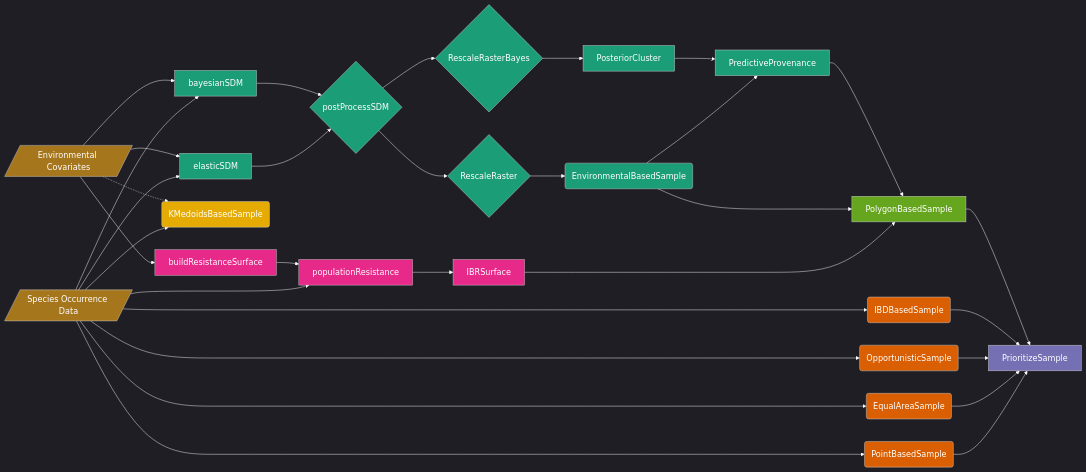
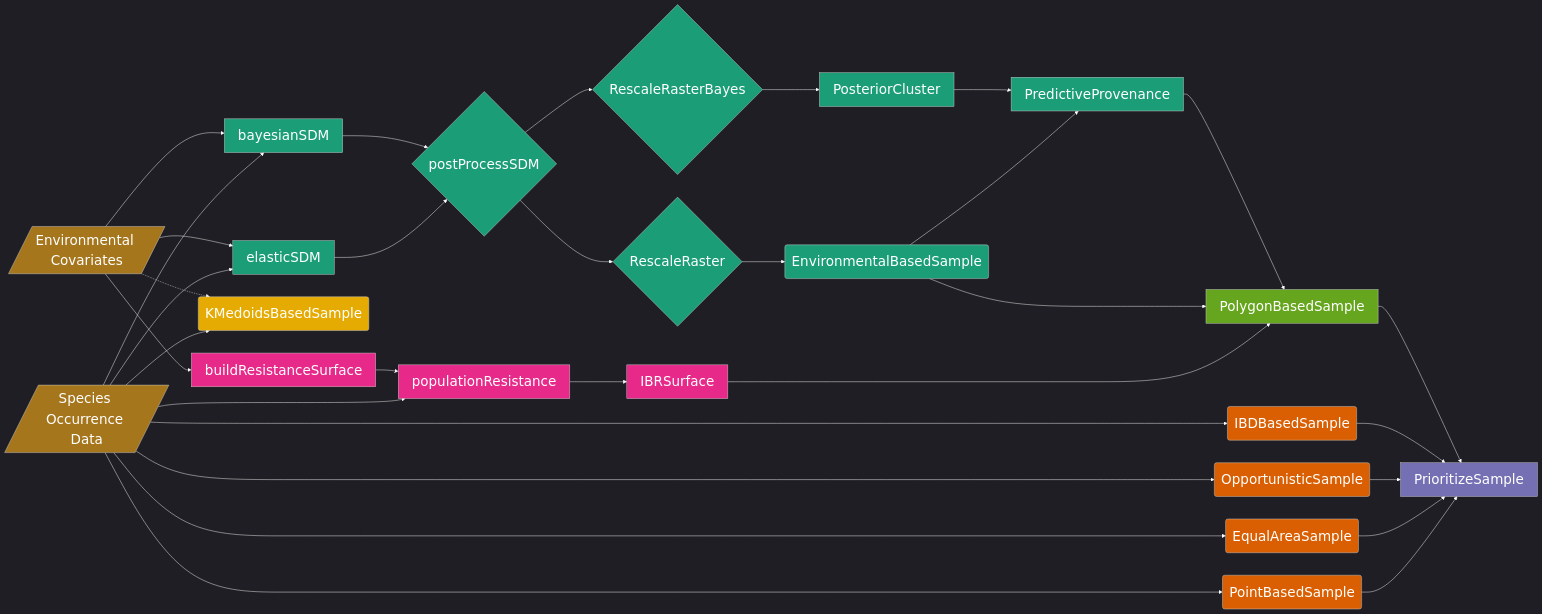
One commit to sagesteppe/safeHavens changed the diagram in README.Rmd. Above: the diagram before and after it, drawn with Mermaid. The commit also changed other lines of this file and 5 other files, not shown here.

````diff
--- a/README.Rmd
+++ b/README.Rmd
@@ -76,56 +73,56 @@
 ```mermaid
 %%{init: {'theme':'dark', 'themeVariables': { 
     'primaryTextColor':'#ffffff', 
     'lineColor':'#ffffff',
     'lineWidth':'24px',
-    'fontSize':'18px', 
+    'fontSize':'30px', 
     'fontFamily':'Arial'}}}%%
 flowchart LR
 A[/Species Occurrence Data/]
 B[/Environmental Covariates/]
 
 A --> D(PointBasedSample)
 A --> E(EqualAreaSample)
 A --> F(OpportunisticSample)
 A --> G(IBDBasedSample)
 A --> J[elasticSDM]
 A --> K[bayesianSDM]
 A --> L(KMedoidsBasedSample)
 B -.-> L
 B --> J
 B --> K
 D --> N[PrioritizeSample]
 E --> N
 F --> N
 G --> N
 A --> U[populationResistance]
 B --> H[buildResistanceSurface]
 H --> U
 U --> V[IBRSurface]
 V --> M[PolygonBasedSample]
 M --> N
 J --> O{postProcessSDM}
 K --> O
 O --> P{RescaleRaster}
 O --> S{RescaleRasterBayes}
 P --> Q(EnvironmentalBasedSample)
 Q --> R[PredictiveProvenance]
 Q --> M
 R --> M
 S --> T[PosteriorCluster]
 T --> R
 classDef geoColor fill:#d95f02,color:#FFFFFF
 classDef polyColor fill:#66a61e,color:#FFFFFF
 classDef envColor fill:#1b9e77,color:#FFFFFF
 classDef dataColor fill:#a6761d,color:#FFFFFF
 classDef decisionColor fill:#7570b3,color:#FFFFFF
 classDef rareColor fill:#e6ab02,color:#FFFFFF
 classDef ibrColor fill:#e7298a,color:#FFFFFF
 class D,E,F,G geoColor
 class H,M polyColor
 class J,K,O,P,S,T,U,Q,R envColor
 class A,B dataColor
 class N decisionColor
 class L rareColor
 class H,U,V ibrColor
 ```
````
